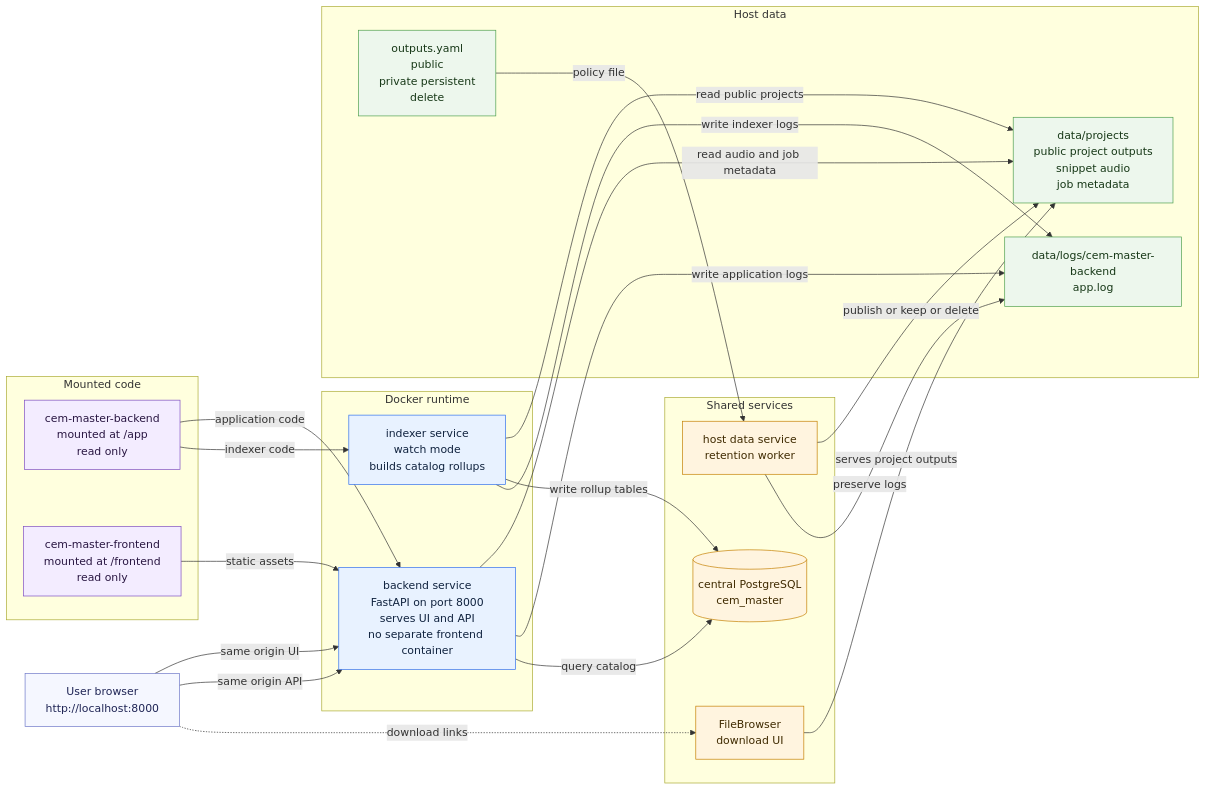
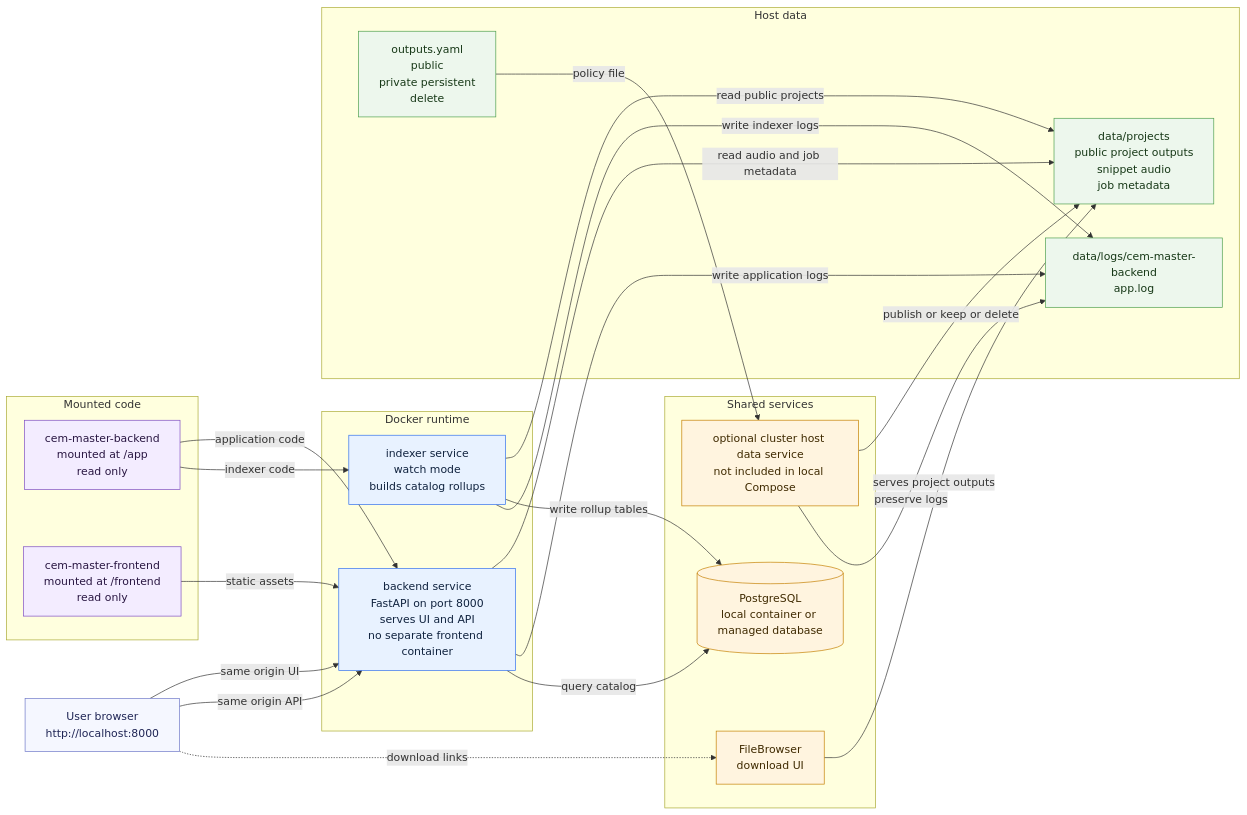
Before and after one commit to err400/cem-master-backend: the diagram in README.md, drawn with Mermaid. The commit also changed other lines of this file and 7 other files, not shown here.

````diff
--- a/README.md
+++ b/README.md
@@ -171,60 +24,60 @@
 ```mermaid
 flowchart LR
     Browser["User browser<br/>http://localhost:8000"]
 
     subgraph Runtime["Docker runtime"]
         App["backend service<br/>FastAPI on port 8000<br/>serves UI and API<br/>no separate frontend container"]
         Indexer["indexer service<br/>watch mode<br/>builds catalog rollups"]
     end
 
     subgraph MountedCode["Mounted code"]
         BackendCode["cem-master-backend<br/>mounted at /app<br/>read only"]
         FrontendCode["cem-master-frontend<br/>mounted at /frontend<br/>read only"]
     end
 
     subgraph HostData["Host data"]
         Projects["data/projects<br/>public project outputs<br/>snippet audio<br/>job metadata"]
         Logs["data/logs/cem-master-backend<br/>app.log"]
         Retention["outputs.yaml<br/>public<br/>private persistent<br/>delete"]
     end
 
     subgraph SharedServices["Shared services"]
-        DB[("central PostgreSQL<br/>cem_master")]
+        DB[("PostgreSQL<br/>local container or managed database")]
         FileBrowser["FileBrowser<br/>download UI"]
-        DataService["host data service<br/>retention worker"]
+        DataService["optional cluster host data service<br/>not included in local Compose"]
     end
 
     Browser -->|"same origin UI"| App
     Browser -->|"same origin API"| App
 
     BackendCode -->|"application code"| App
     BackendCode -->|"indexer code"| Indexer
     FrontendCode -->|"static assets"| App
 
     App -->|"read audio and job metadata"| Projects
     App -->|"write application logs"| Logs
     App -->|"query catalog"| DB
 
     Indexer -->|"read public projects"| Projects
     Indexer -->|"write rollup tables"| DB
     Indexer -->|"write indexer logs"| Logs
 
     Browser -.->|"download links"| FileBrowser
     FileBrowser -->|"serves project outputs"| Projects
 
     Retention -->|"policy file"| DataService
     DataService -->|"publish or keep or delete"| Projects
     DataService -->|"preserve logs"| Logs
 
     classDef client fill:#f5f7ff,stroke:#6d77c8,color:#1f2555
     classDef container fill:#e8f2ff,stroke:#2f6fed,color:#10233f
     classDef code fill:#f3ecff,stroke:#7d4cc2,color:#291642
     classDef storage fill:#edf7ed,stroke:#4d9f4d,color:#173817
     classDef service fill:#fff4df,stroke:#c47f00,color:#3f2a00
 
     class Browser client
     class App,Indexer container
     class BackendCode,FrontendCode code
     class Projects,Logs,Retention storage
     class DB,FileBrowser,DataService service
 ```
````
